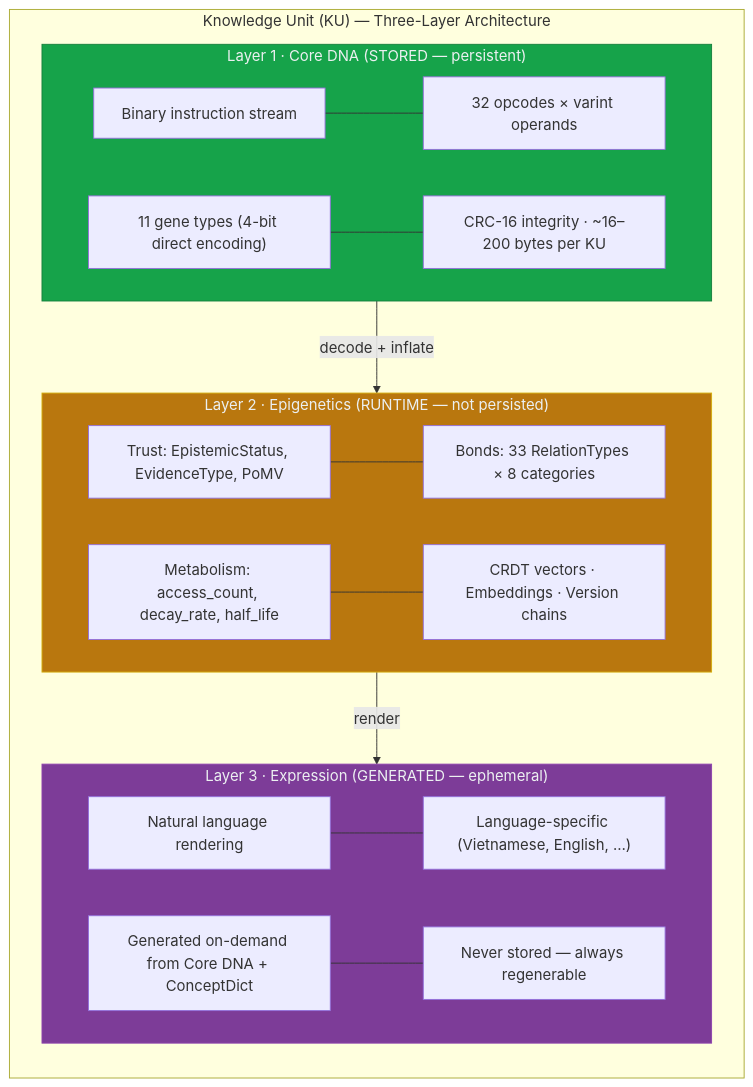
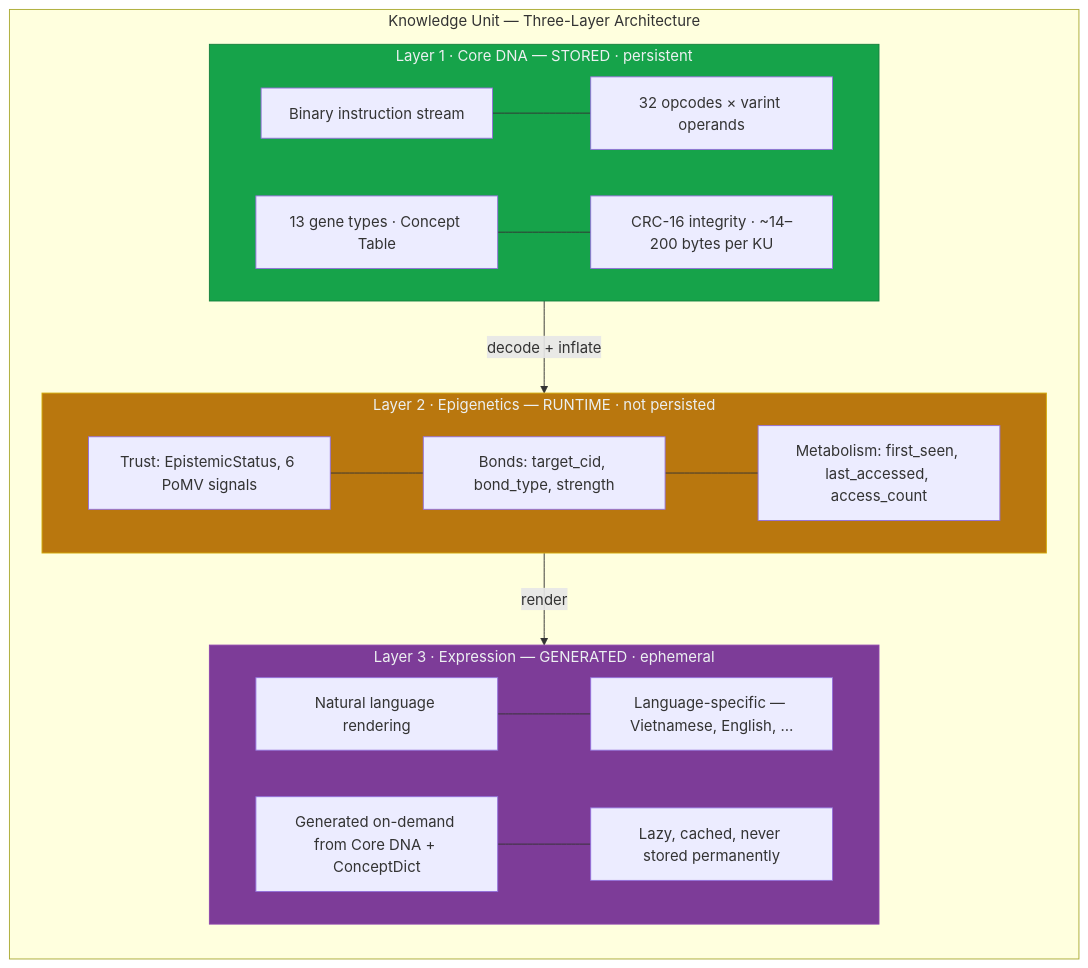
The diagram in docs/paper/ku/03_architecture.md (shpy2001gemi/OneBrain), drawn with Mermaid before and after one commit. The commit also changed other lines of this file and 76 other files, not shown here.

````diff
--- a/docs/paper/ku/03_architecture.md
+++ b/docs/paper/ku/03_architecture.md
@@ -45,40 +47,39 @@
 ```mermaid
 graph TB
-    subgraph KU["Knowledge Unit (KU) — Three-Layer Architecture"]
+    subgraph KU["Knowledge Unit — Three-Layer Architecture"]
         direction TB
         
-        subgraph L1["Layer 1 · Core DNA (STORED — persistent)"]
+        subgraph L1["Layer 1 · Core DNA — STORED · persistent"]
             D1["Binary instruction stream"]
             D2["32 opcodes × varint operands"]
-            D3["11 gene types (4-bit direct encoding)"]
-            D4["CRC-16 integrity · ~16–200 bytes per KU"]
+            D3["13 gene types · Concept Table"]
+            D4["CRC-16 integrity · ~14–200 bytes per KU"]
             D1 --- D2
             D3 --- D4
         end
         
-        subgraph L2["Layer 2 · Epigenetics (RUNTIME — not persisted)"]
-            E1["Trust: EpistemicStatus, EvidenceType, PoMV"]
-            E2["Bonds: 33 RelationTypes × 8 categories"]
-            E3["Metabolism: access_count, decay_rate, half_life"]
-            E4["CRDT vectors · Embeddings · Version chains"]
+        subgraph L2["Layer 2 · Epigenetics — RUNTIME · not persisted"]
+            E1["Trust: EpistemicStatus, 6 PoMV signals"]
+            E2["Bonds: target_cid, bond_type, strength"]
+            E3["Metabolism: first_seen, last_accessed, access_count"]
             E1 --- E2
-            E3 --- E4
+            E2 --- E3
         end
         
-        subgraph L3["Layer 3 · Expression (GENERATED — ephemeral)"]
+        subgraph L3["Layer 3 · Expression — GENERATED · ephemeral"]
             X1["Natural language rendering"]
-            X2["Language-specific (Vietnamese, English, …)"]
+            X2["Language-specific — Vietnamese, English, …"]
             X3["Generated on-demand from Core DNA + ConceptDict"]
-            X4["Never stored — always regenerable"]
+            X4["Lazy, cached, never stored permanently"]
             X1 --- X2
             X3 --- X4
         end
         
         L1 -->|"decode + inflate"| L2
         L2 -->|"render"| L3
     end
     
     style L1 fill:#16a34a,stroke:#15803d,color:#ecf0f1
     style L2 fill:#b9770e,stroke:#d4ac0d,color:#ecf0f1
     style L3 fill:#7d3c98,stroke:#8e44ad,color:#ecf0f1
 ```
````
